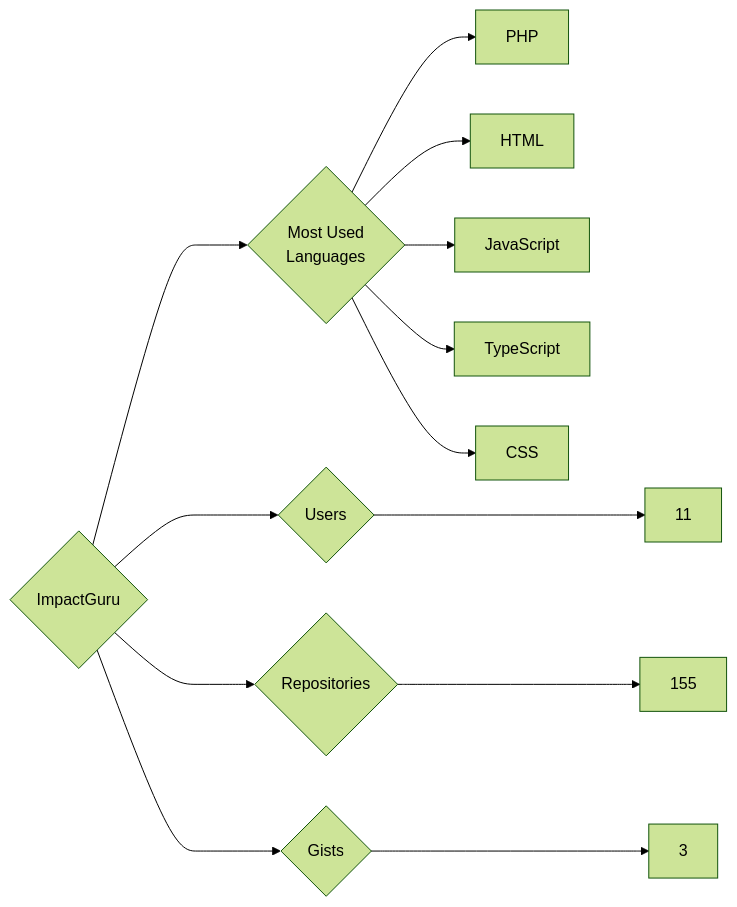
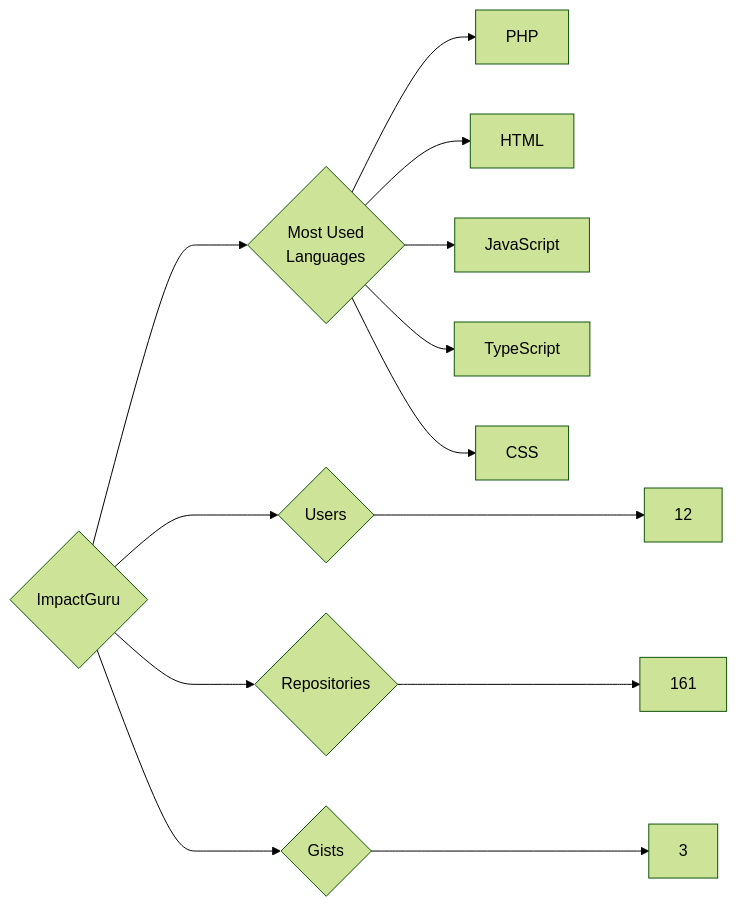
One commit to trickest/insiders changed the diagram in targets/ImpactGuru/README.md. Above: the diagram before and after it, drawn with Mermaid (forest theme). The commit also changed 1238 other files, not shown here.

````diff
--- a/targets/ImpactGuru/README.md
+++ b/targets/ImpactGuru/README.md
@@ -3,13 +3,13 @@
 ```mermaid
 graph LR
 COMPANY_NAME{ImpactGuru}
-COMPANY_NAME ---> U{Users} ---> UN[11]
-COMPANY_NAME ---> R{Repositories} ---> RN[155]
+COMPANY_NAME ---> U{Users} ---> UN[12]
+COMPANY_NAME ---> R{Repositories} ---> RN[161]
 COMPANY_NAME ---> G{Gists} ---> GN[3]
 COMPANY_NAME ---> ML{Most Used<br>Languages}
 ML --> PHP[PHP]
 ML --> HTML[HTML]
 ML --> JavaScript[JavaScript]
 ML --> TypeScript[TypeScript]
 ML --> CSS[CSS]
 ```
````
